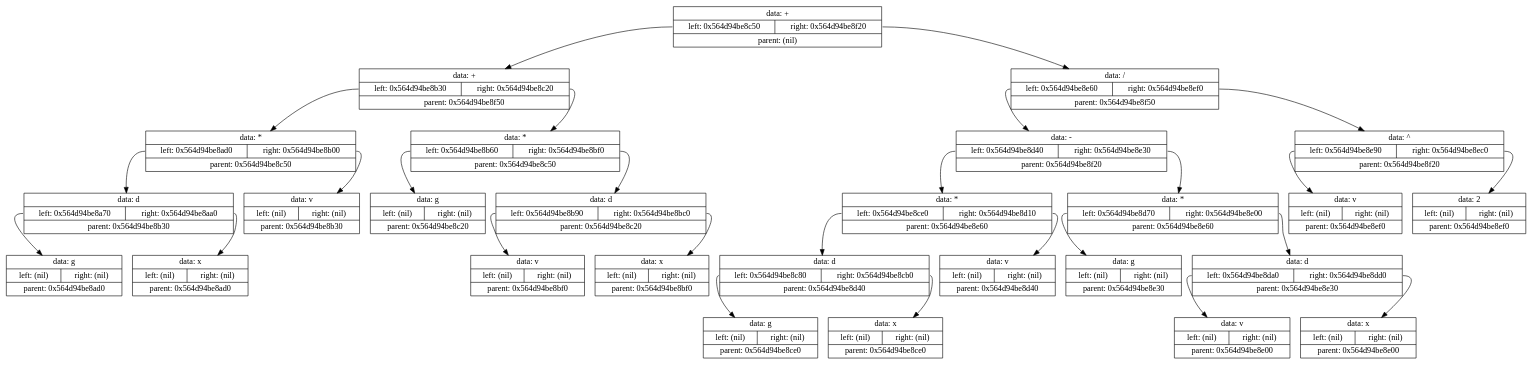
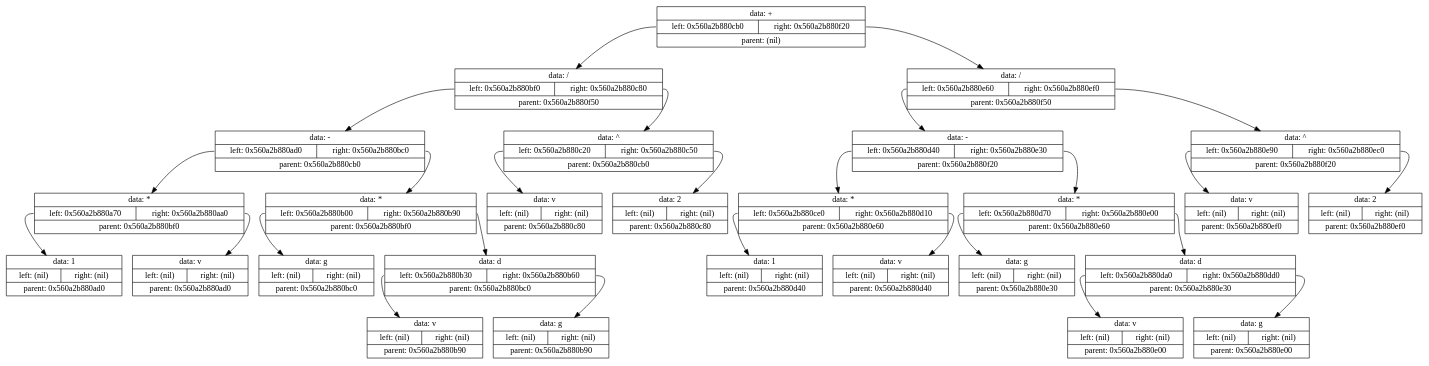
The diagram in Projects/8.Differenciator/log/tmp/tempautogeneratedlog.gv (Shishqa/MIPT_1sem_C_lang), drawn with Graphviz before and after one commit. The commit also changed 11 other files, not shown here.

```diff
--- a/Projects/8.Differenciator/log/tmp/tempautogeneratedlog.gv
+++ b/Projects/8.Differenciator/log/tmp/tempautogeneratedlog.gv
@@ -1,57 +1,57 @@
 digraph dump
 {
-	node0x564d94be8f50 [shape = "record", label = "{<f1>data: +|{<f2>left: 0x564d94be8c50|<f3>right: 0x564d94be8f20}|<f4>parent: (nil)}"];
-	node0x564d94be8c50 [shape = "record", label = "{<f1>data: +|{<f2>left: 0x564d94be8b30|<f3>right: 0x564d94be8c20}|<f4>parent: 0x564d94be8f50}"];
-	node0x564d94be8b30 [shape = "record", label = "{<f1>data: *|{<f2>left: 0x564d94be8ad0|<f3>right: 0x564d94be8b00}|<f4>parent: 0x564d94be8c50}"];
-	node0x564d94be8ad0 [shape = "record", label = "{<f1>data: d|{<f2>left: 0x564d94be8a70|<f3>right: 0x564d94be8aa0}|<f4>parent: 0x564d94be8b30}"];
-	node0x564d94be8a70 [shape = "record", label = "{<f1>data: g|{<f2>left: (nil)|<f3>right: (nil)}|<f4>parent: 0x564d94be8ad0}"];
-	node0x564d94be8ad0:f2 -> node0x564d94be8a70
-	node0x564d94be8aa0 [shape = "record", label = "{<f1>data: x|{<f2>left: (nil)|<f3>right: (nil)}|<f4>parent: 0x564d94be8ad0}"];
-	node0x564d94be8ad0:f3 -> node0x564d94be8aa0
-	node0x564d94be8b30:f2 -> node0x564d94be8ad0
-	node0x564d94be8b00 [shape = "record", label = "{<f1>data: v|{<f2>left: (nil)|<f3>right: (nil)}|<f4>parent: 0x564d94be8b30}"];
-	node0x564d94be8b30:f3 -> node0x564d94be8b00
-	node0x564d94be8c50:f2 -> node0x564d94be8b30
-	node0x564d94be8c20 [shape = "record", label = "{<f1>data: *|{<f2>left: 0x564d94be8b60|<f3>right: 0x564d94be8bf0}|<f4>parent: 0x564d94be8c50}"];
-	node0x564d94be8b60 [shape = "record", label = "{<f1>data: g|{<f2>left: (nil)|<f3>right: (nil)}|<f4>parent: 0x564d94be8c20}"];
-	node0x564d94be8c20:f2 -> node0x564d94be8b60
-	node0x564d94be8bf0 [shape = "record", label = "{<f1>data: d|{<f2>left: 0x564d94be8b90|<f3>right: 0x564d94be8bc0}|<f4>parent: 0x564d94be8c20}"];
-	node0x564d94be8b90 [shape = "record", label = "{<f1>data: v|{<f2>left: (nil)|<f3>right: (nil)}|<f4>parent: 0x564d94be8bf0}"];
-	node0x564d94be8bf0:f2 -> node0x564d94be8b90
-	node0x564d94be8bc0 [shape = "record", label = "{<f1>data: x|{<f2>left: (nil)|<f3>right: (nil)}|<f4>parent: 0x564d94be8bf0}"];
-	node0x564d94be8bf0:f3 -> node0x564d94be8bc0
-	node0x564d94be8c20:f3 -> node0x564d94be8bf0
-	node0x564d94be8c50:f3 -> node0x564d94be8c20
-	node0x564d94be8f50:f2 -> node0x564d94be8c50
-	node0x564d94be8f20 [shape = "record", label = "{<f1>data: /|{<f2>left: 0x564d94be8e60|<f3>right: 0x564d94be8ef0}|<f4>parent: 0x564d94be8f50}"];
-	node0x564d94be8e60 [shape = "record", label = "{<f1>data: -|{<f2>left: 0x564d94be8d40|<f3>right: 0x564d94be8e30}|<f4>parent: 0x564d94be8f20}"];
-	node0x564d94be8d40 [shape = "record", label = "{<f1>data: *|{<f2>left: 0x564d94be8ce0|<f3>right: 0x564d94be8d10}|<f4>parent: 0x564d94be8e60}"];
-	node0x564d94be8ce0 [shape = "record", label = "{<f1>data: d|{<f2>left: 0x564d94be8c80|<f3>right: 0x564d94be8cb0}|<f4>parent: 0x564d94be8d40}"];
-	node0x564d94be8c80 [shape = "record", label = "{<f1>data: g|{<f2>left: (nil)|<f3>right: (nil)}|<f4>parent: 0x564d94be8ce0}"];
-	node0x564d94be8ce0:f2 -> node0x564d94be8c80
-	node0x564d94be8cb0 [shape = "record", label = "{<f1>data: x|{<f2>left: (nil)|<f3>right: (nil)}|<f4>parent: 0x564d94be8ce0}"];
-	node0x564d94be8ce0:f3 -> node0x564d94be8cb0
-	node0x564d94be8d40:f2 -> node0x564d94be8ce0
-	node0x564d94be8d10 [shape = "record", label = "{<f1>data: v|{<f2>left: (nil)|<f3>right: (nil)}|<f4>parent: 0x564d94be8d40}"];
-	node0x564d94be8d40:f3 -> node0x564d94be8d10
-	node0x564d94be8e60:f2 -> node0x564d94be8d40
-	node0x564d94be8e30 [shape = "record", label = "{<f1>data: *|{<f2>left: 0x564d94be8d70|<f3>right: 0x564d94be8e00}|<f4>parent: 0x564d94be8e60}"];
-	node0x564d94be8d70 [shape = "record", label = "{<f1>data: g|{<f2>left: (nil)|<f3>right: (nil)}|<f4>parent: 0x564d94be8e30}"];
-	node0x564d94be8e30:f2 -> node0x564d94be8d70
-	node0x564d94be8e00 [shape = "record", label = "{<f1>data: d|{<f2>left: 0x564d94be8da0|<f3>right: 0x564d94be8dd0}|<f4>parent: 0x564d94be8e30}"];
-	node0x564d94be8da0 [shape = "record", label = "{<f1>data: v|{<f2>left: (nil)|<f3>right: (nil)}|<f4>parent: 0x564d94be8e00}"];
-	node0x564d94be8e00:f2 -> node0x564d94be8da0
-	node0x564d94be8dd0 [shape = "record", label = "{<f1>data: x|{<f2>left: (nil)|<f3>right: (nil)}|<f4>parent: 0x564d94be8e00}"];
-	node0x564d94be8e00:f3 -> node0x564d94be8dd0
-	node0x564d94be8e30:f3 -> node0x564d94be8e00
-	node0x564d94be8e60:f3 -> node0x564d94be8e30
-	node0x564d94be8f20:f2 -> node0x564d94be8e60
-	node0x564d94be8ef0 [shape = "record", label = "{<f1>data: ^|{<f2>left: 0x564d94be8e90|<f3>right: 0x564d94be8ec0}|<f4>parent: 0x564d94be8f20}"];
-	node0x564d94be8e90 [shape = "record", label = "{<f1>data: v|{<f2>left: (nil)|<f3>right: (nil)}|<f4>parent: 0x564d94be8ef0}"];
-	node0x564d94be8ef0:f2 -> node0x564d94be8e90
-	node0x564d94be8ec0 [shape = "record", label = "{<f1>data: 2|{<f2>left: (nil)|<f3>right: (nil)}|<f4>parent: 0x564d94be8ef0}"];
-	node0x564d94be8ef0:f3 -> node0x564d94be8ec0
-	node0x564d94be8f20:f3 -> node0x564d94be8ef0
-	node0x564d94be8f50:f3 -> node0x564d94be8f20
+	node0x560a2b880f50 [shape = "record", label = "{<f1>data: +|{<f2>left: 0x560a2b880cb0|<f3>right: 0x560a2b880f20}|<f4>parent: (nil)}"];
+	node0x560a2b880cb0 [shape = "record", label = "{<f1>data: /|{<f2>left: 0x560a2b880bf0|<f3>right: 0x560a2b880c80}|<f4>parent: 0x560a2b880f50}"];
+	node0x560a2b880bf0 [shape = "record", label = "{<f1>data: -|{<f2>left: 0x560a2b880ad0|<f3>right: 0x560a2b880bc0}|<f4>parent: 0x560a2b880cb0}"];
+	node0x560a2b880ad0 [shape = "record", label = "{<f1>data: *|{<f2>left: 0x560a2b880a70|<f3>right: 0x560a2b880aa0}|<f4>parent: 0x560a2b880bf0}"];
+	node0x560a2b880a70 [shape = "record", label = "{<f1>data: 1|{<f2>left: (nil)|<f3>right: (nil)}|<f4>parent: 0x560a2b880ad0}"];
+	node0x560a2b880ad0:f2 -> node0x560a2b880a70
+	node0x560a2b880aa0 [shape = "record", label = "{<f1>data: v|{<f2>left: (nil)|<f3>right: (nil)}|<f4>parent: 0x560a2b880ad0}"];
+	node0x560a2b880ad0:f3 -> node0x560a2b880aa0
+	node0x560a2b880bf0:f2 -> node0x560a2b880ad0
+	node0x560a2b880bc0 [shape = "record", label = "{<f1>data: *|{<f2>left: 0x560a2b880b00|<f3>right: 0x560a2b880b90}|<f4>parent: 0x560a2b880bf0}"];
+	node0x560a2b880b00 [shape = "record", label = "{<f1>data: g|{<f2>left: (nil)|<f3>right: (nil)}|<f4>parent: 0x560a2b880bc0}"];
+	node0x560a2b880bc0:f2 -> node0x560a2b880b00
+	node0x560a2b880b90 [shape = "record", label = "{<f1>data: d|{<f2>left: 0x560a2b880b30|<f3>right: 0x560a2b880b60}|<f4>parent: 0x560a2b880bc0}"];
+	node0x560a2b880b30 [shape = "record", label = "{<f1>data: v|{<f2>left: (nil)|<f3>right: (nil)}|<f4>parent: 0x560a2b880b90}"];
+	node0x560a2b880b90:f2 -> node0x560a2b880b30
+	node0x560a2b880b60 [shape = "record", label = "{<f1>data: g|{<f2>left: (nil)|<f3>right: (nil)}|<f4>parent: 0x560a2b880b90}"];
+	node0x560a2b880b90:f3 -> node0x560a2b880b60
+	node0x560a2b880bc0:f3 -> node0x560a2b880b90
+	node0x560a2b880bf0:f3 -> node0x560a2b880bc0
+	node0x560a2b880cb0:f2 -> node0x560a2b880bf0
+	node0x560a2b880c80 [shape = "record", label = "{<f1>data: ^|{<f2>left: 0x560a2b880c20|<f3>right: 0x560a2b880c50}|<f4>parent: 0x560a2b880cb0}"];
+	node0x560a2b880c20 [shape = "record", label = "{<f1>data: v|{<f2>left: (nil)|<f3>right: (nil)}|<f4>parent: 0x560a2b880c80}"];
+	node0x560a2b880c80:f2 -> node0x560a2b880c20
+	node0x560a2b880c50 [shape = "record", label = "{<f1>data: 2|{<f2>left: (nil)|<f3>right: (nil)}|<f4>parent: 0x560a2b880c80}"];
+	node0x560a2b880c80:f3 -> node0x560a2b880c50
+	node0x560a2b880cb0:f3 -> node0x560a2b880c80
+	node0x560a2b880f50:f2 -> node0x560a2b880cb0
+	node0x560a2b880f20 [shape = "record", label = "{<f1>data: /|{<f2>left: 0x560a2b880e60|<f3>right: 0x560a2b880ef0}|<f4>parent: 0x560a2b880f50}"];
+	node0x560a2b880e60 [shape = "record", label = "{<f1>data: -|{<f2>left: 0x560a2b880d40|<f3>right: 0x560a2b880e30}|<f4>parent: 0x560a2b880f20}"];
+	node0x560a2b880d40 [shape = "record", label = "{<f1>data: *|{<f2>left: 0x560a2b880ce0|<f3>right: 0x560a2b880d10}|<f4>parent: 0x560a2b880e60}"];
+	node0x560a2b880ce0 [shape = "record", label = "{<f1>data: 1|{<f2>left: (nil)|<f3>right: (nil)}|<f4>parent: 0x560a2b880d40}"];
+	node0x560a2b880d40:f2 -> node0x560a2b880ce0
+	node0x560a2b880d10 [shape = "record", label = "{<f1>data: v|{<f2>left: (nil)|<f3>right: (nil)}|<f4>parent: 0x560a2b880d40}"];
+	node0x560a2b880d40:f3 -> node0x560a2b880d10
+	node0x560a2b880e60:f2 -> node0x560a2b880d40
+	node0x560a2b880e30 [shape = "record", label = "{<f1>data: *|{<f2>left: 0x560a2b880d70|<f3>right: 0x560a2b880e00}|<f4>parent: 0x560a2b880e60}"];
+	node0x560a2b880d70 [shape = "record", label = "{<f1>data: g|{<f2>left: (nil)|<f3>right: (nil)}|<f4>parent: 0x560a2b880e30}"];
+	node0x560a2b880e30:f2 -> node0x560a2b880d70
+	node0x560a2b880e00 [shape = "record", label = "{<f1>data: d|{<f2>left: 0x560a2b880da0|<f3>right: 0x560a2b880dd0}|<f4>parent: 0x560a2b880e30}"];
+	node0x560a2b880da0 [shape = "record", label = "{<f1>data: v|{<f2>left: (nil)|<f3>right: (nil)}|<f4>parent: 0x560a2b880e00}"];
+	node0x560a2b880e00:f2 -> node0x560a2b880da0
+	node0x560a2b880dd0 [shape = "record", label = "{<f1>data: g|{<f2>left: (nil)|<f3>right: (nil)}|<f4>parent: 0x560a2b880e00}"];
+	node0x560a2b880e00:f3 -> node0x560a2b880dd0
+	node0x560a2b880e30:f3 -> node0x560a2b880e00
+	node0x560a2b880e60:f3 -> node0x560a2b880e30
+	node0x560a2b880f20:f2 -> node0x560a2b880e60
+	node0x560a2b880ef0 [shape = "record", label = "{<f1>data: ^|{<f2>left: 0x560a2b880e90|<f3>right: 0x560a2b880ec0}|<f4>parent: 0x560a2b880f20}"];
+	node0x560a2b880e90 [shape = "record", label = "{<f1>data: v|{<f2>left: (nil)|<f3>right: (nil)}|<f4>parent: 0x560a2b880ef0}"];
+	node0x560a2b880ef0:f2 -> node0x560a2b880e90
+	node0x560a2b880ec0 [shape = "record", label = "{<f1>data: 2|{<f2>left: (nil)|<f3>right: (nil)}|<f4>parent: 0x560a2b880ef0}"];
+	node0x560a2b880ef0:f3 -> node0x560a2b880ec0
+	node0x560a2b880f20:f3 -> node0x560a2b880ef0
+	node0x560a2b880f50:f3 -> node0x560a2b880f20
 
 }
```
